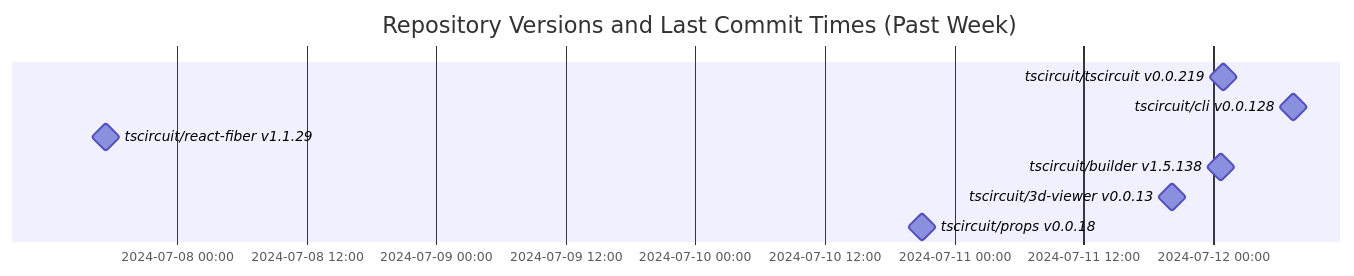
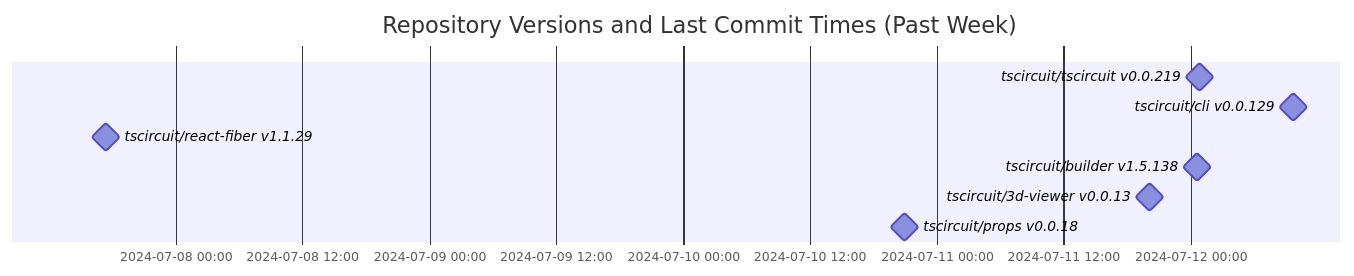
Before and after one commit to tscircuit/version-tracker: the diagram in README.md, drawn with Mermaid.

Commit message:
Update chart

````diff
--- a/README.md
+++ b/README.md
@@ -1,13 +1,13 @@
 ```mermaid
 gantt
   dateFormat  YYYY-MM-DD HH:mm:ss
   title Repository Versions and Last Commit Times (Past Week)
   axisFormat %Y-%m-%d %H:%M
 
   tscircuit/tscircuit v0.0.219 : milestone, 2024-07-12 00:54:13, 1s
-  tscircuit/cli v0.0.128 : milestone, 2024-07-12 07:25:42, 1s
+  tscircuit/cli v0.0.129 : milestone, 2024-07-12 09:45:10, 1s
   tscircuit/react-fiber v1.1.29 : milestone, 2024-07-07 17:23:26, 1s
   tscircuit/builder v1.5.138 : milestone, 2024-07-12 00:40:23, 1s
   tscircuit/3d-viewer v0.0.13 : milestone, 2024-07-11 20:12:35, 1s
   tscircuit/props v0.0.18 : milestone, 2024-07-10 20:59:29, 1s
 ```
````
